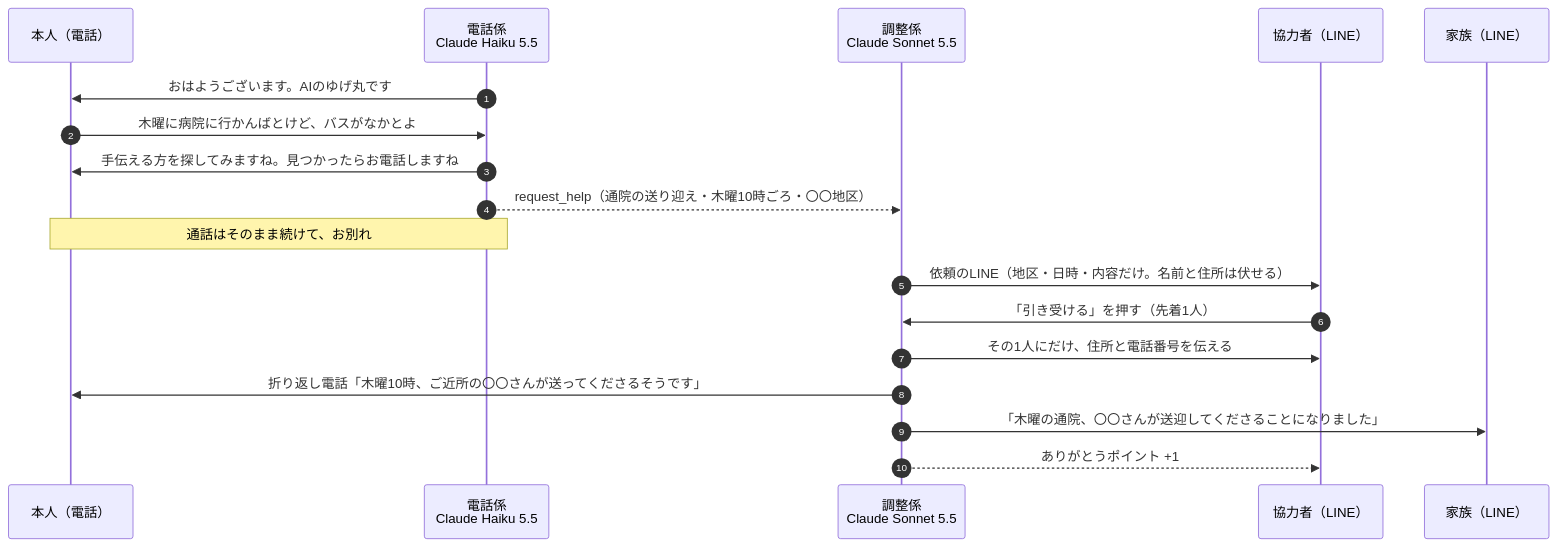
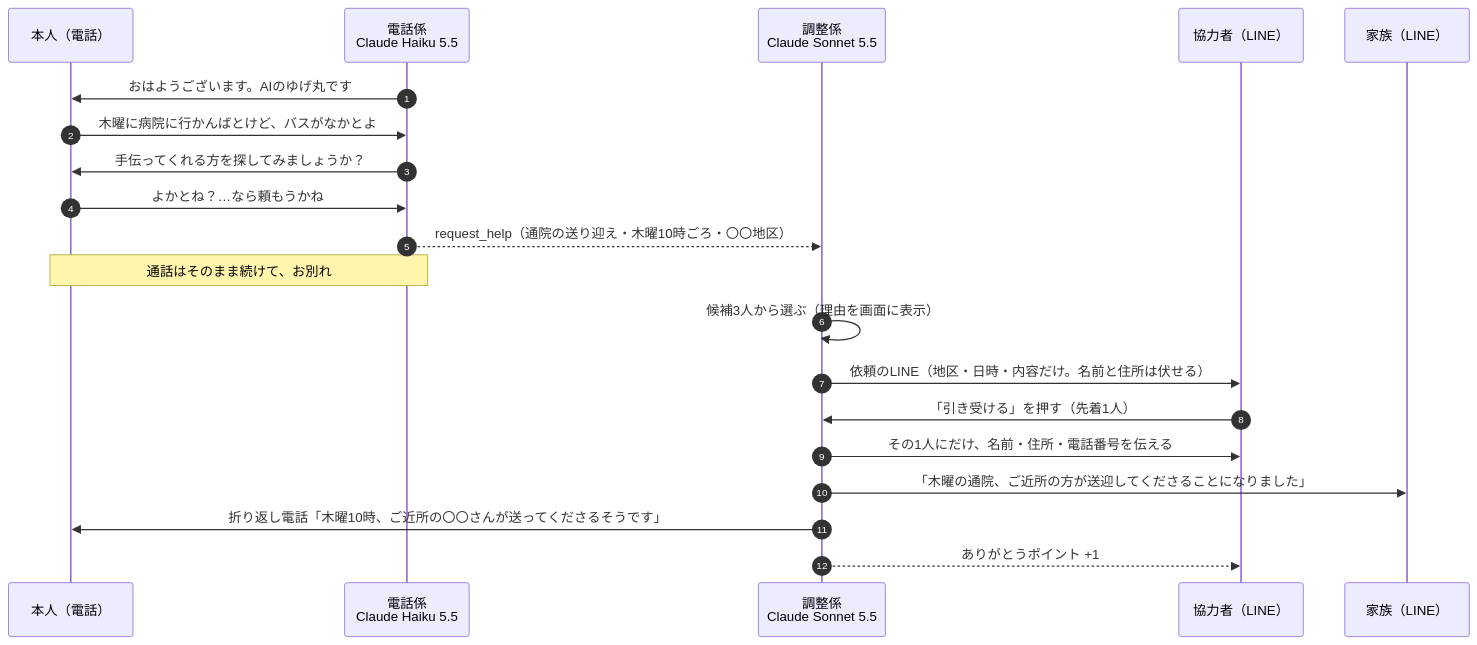
Before and after one commit to shogomatsu/denwaban-ai: the diagram in docs/spec.md, drawn with Mermaid. The commit also changed other lines of this file, not shown here.

````diff
--- a/docs/spec.md
+++ b/docs/spec.md
@@ -37,20 +55,22 @@
 ```mermaid
 sequenceDiagram
     autonumber
     participant 父 as 本人（電話）
     participant 電話係 as 電話係<br/>Claude Haiku 5.5
     participant 調整係 as 調整係<br/>Claude Sonnet 5.5
     participant 協力者 as 協力者（LINE）
     participant 家族 as 家族（LINE）
     電話係->>父: おはようございます。AIのゆげ丸です
     父->>電話係: 木曜に病院に行かんばとけど、バスがなかとよ
-    電話係->>父: 手伝える方を探してみますね。見つかったらお電話しますね
+    電話係->>父: 手伝ってくれる方を探してみましょうか？
+    父->>電話係: よかとね？…なら頼もうかね
     電話係-->>調整係: request_help（通院の送り迎え・木曜10時ごろ・〇〇地区）
     Note over 電話係,父: 通話はそのまま続けて、お別れ
+    調整係->>調整係: 候補3人から選ぶ（理由を画面に表示）
     調整係->>協力者: 依頼のLINE（地区・日時・内容だけ。名前と住所は伏せる）
     協力者->>調整係: 「引き受ける」を押す（先着1人）
-    調整係->>協力者: その1人にだけ、住所と電話番号を伝える
+    調整係->>協力者: その1人にだけ、名前・住所・電話番号を伝える
+    調整係->>家族: 「木曜の通院、ご近所の方が送迎してくださることになりました」
     調整係->>父: 折り返し電話「木曜10時、ご近所の〇〇さんが送ってくださるそうです」
-    調整係->>家族: 「木曜の通院、〇〇さんが送迎してくださることになりました」
     調整係-->>協力者: ありがとうポイント +1
 ```
````
